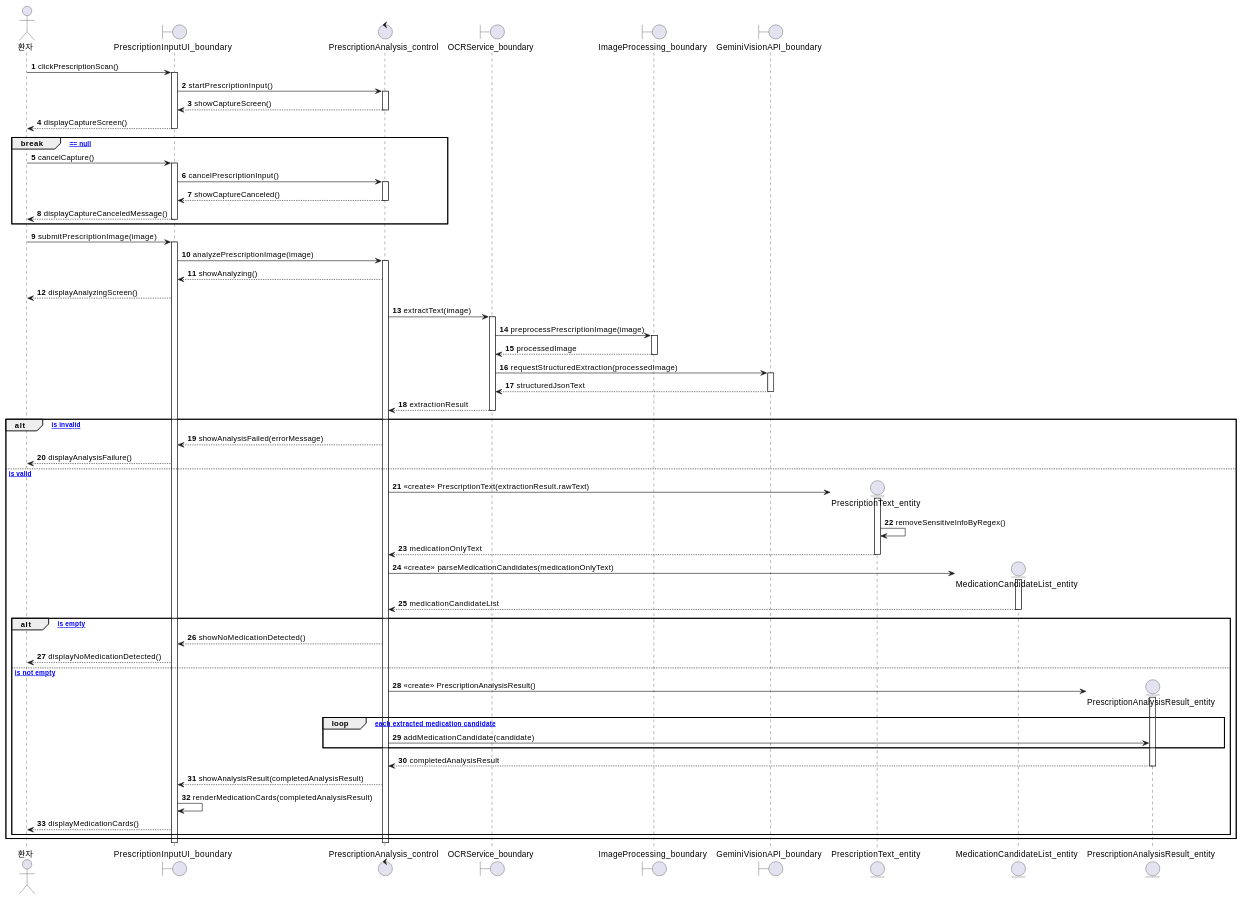
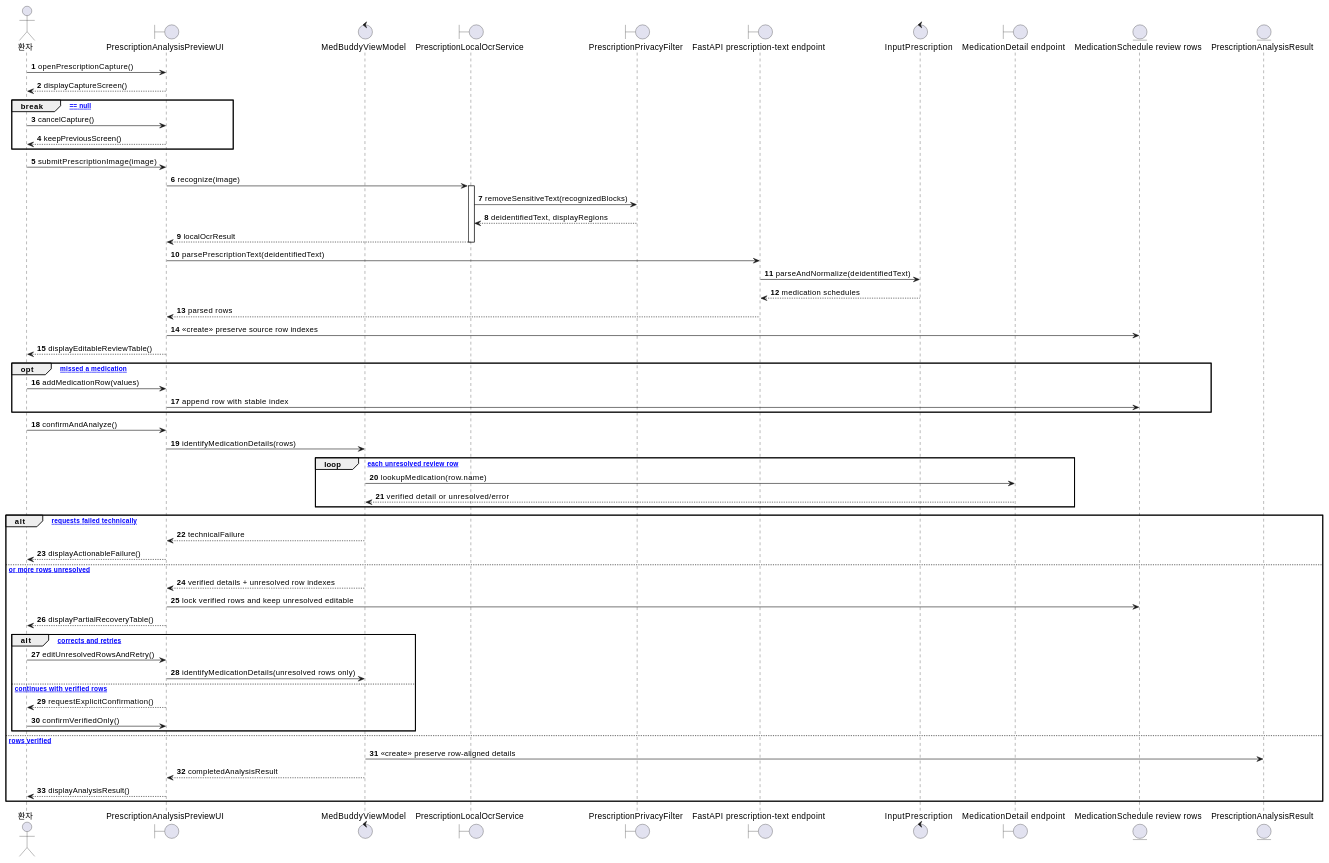
The first of 6 diagrams in docs/MedBuddy - Sequence Diagrams.md (1window2/MedBuddy), drawn with PlantUML before and after one commit. The commit also changed other lines of this file and 5 other files, not shown here.

Commit message:
docs: document prescription recovery review flow

````diff
--- a/docs/MedBuddy - Sequence Diagrams.md
+++ b/docs/MedBuddy - Sequence Diagrams.md
@@ -51,92 +51,69 @@
 @startuml SD01_Prescription_Analysis
 autonumber
 actor "환자" as Patient
-boundary "PrescriptionInputUI_boundary" as UI
-control "PrescriptionAnalysis_control" as C
-boundary "OCRService_boundary" as OCR
-boundary "ImageProcessing_boundary" as Img
-boundary "GeminiVisionAPI_boundary" as Gemini
-entity "PrescriptionText_entity" as Text
-entity "MedicationCandidateList_entity" as Candidates
-entity "PrescriptionAnalysisResult_entity" as Result
+boundary "PrescriptionAnalysisPreviewUI" as UI
+control "MedBuddyViewModel" as VM
+boundary "PrescriptionLocalOcrService" as OCR
+boundary "PrescriptionPrivacyFilter" as Privacy
+boundary "FastAPI prescription-text endpoint" as API
+control "InputPrescription" as Parse
+boundary "MedicationDetail endpoint" as Detail
+entity "MedicationSchedule review rows" as Rows
+entity "PrescriptionAnalysisResult" as Result
 
-Patient -> UI : clickPrescriptionScan()
-activate UI
-UI -> C : startPrescriptionInput()
-activate C
-C --> UI : showCaptureScreen()
-deactivate C
+Patient -> UI : openPrescriptionCapture()
 UI --> Patient : displayCaptureScreen()
-deactivate UI
 
 break [pickedFile == null]
   Patient -> UI : cancelCapture()
-  activate UI
-  UI -> C : cancelPrescriptionInput()
-  activate C
-  C --> UI : showCaptureCanceled()
-  deactivate C
-  UI --> Patient : displayCaptureCanceledMessage()
-  deactivate UI
+  UI --> Patient : keepPreviousScreen()
 end
 
 Patient -> UI : submitPrescriptionImage(image)
-activate UI
-UI -> C : analyzePrescriptionImage(image)
-activate C
-C --> UI : showAnalyzing()
-UI --> Patient : displayAnalyzingScreen()
-
-C -> OCR : extractText(image)
+UI -> OCR : recognize(image)
 activate OCR
-OCR -> Img : preprocessPrescriptionImage(image)
-activate Img
-Img --> OCR : processedImage
-deactivate Img
-OCR -> Gemini : requestStructuredExtraction(processedImage)
-activate Gemini
-Gemini --> OCR : structuredJsonText
-deactivate Gemini
-OCR --> C : extractionResult
+OCR -> Privacy : removeSensitiveText(recognizedBlocks)
+Privacy --> OCR : deidentifiedText, displayRegions
+OCR --> UI : localOcrResult
 deactivate OCR
 
-alt [extractionResult is invalid]
-  C --> UI : showAnalysisFailed(errorMessage)
-  UI --> Patient : displayAnalysisFailure()
-else [extractionResult is valid]
-  create Text
-  C -> Text : <<create>> PrescriptionText(extractionResult.rawText)
-  activate Text
-  Text -> Text : removeSensitiveInfoByRegex()
-  Text --> C : medicationOnlyText
-  deactivate Text
+UI -> API : parsePrescriptionText(deidentifiedText)
+API -> Parse : parseAndNormalize(deidentifiedText)
+Parse --> API : medication schedules
+API --> UI : parsed rows
+UI -> Rows : <<create>> preserve source row indexes
+UI --> Patient : displayEditableReviewTable()
 
-  create Candidates
-  C -> Candidates : <<create>> parseMedicationCandidates(medicationOnlyText)
-  activate Candidates
-  Candidates --> C : medicationCandidateList
-  deactivate Candidates
-
-  alt [medicationCandidateList is empty]
-    C --> UI : showNoMedicationDetected()
-    UI --> Patient : displayNoMedicationDetected()
-  else [medicationCandidateList is not empty]
-    create Result
-    C -> Result : <<create>> PrescriptionAnalysisResult()
-    activate Result
-    loop [for each extracted medication candidate]
-      C -> Result : addMedicationCandidate(candidate)
-    end
-    Result --> C : completedAnalysisResult
-    deactivate Result
-
-    C --> UI : showAnalysisResult(completedAnalysisResult)
-    UI -> UI : renderMedicationCards(completedAnalysisResult)
-    UI --> Patient : displayMedicationCards()
-  end
+opt [OCR missed a medication]
+  Patient -> UI : addMedicationRow(values)
+  UI -> Rows : append row with stable index
 end
 
-deactivate C
-deactivate UI
+Patient -> UI : confirmAndAnalyze()
+UI -> VM : identifyMedicationDetails(rows)
+loop [for each unresolved review row]
+  VM -> Detail : lookupMedication(row.name)
+  Detail --> VM : verified detail or unresolved/error
+end
+
+alt [all requests failed technically]
+  VM --> UI : technicalFailure
+  UI --> Patient : displayActionableFailure()
+else [one or more rows unresolved]
+  VM --> UI : verified details + unresolved row indexes
+  UI -> Rows : lock verified rows and keep unresolved editable
+  UI --> Patient : displayPartialRecoveryTable()
+  alt [patient corrects and retries]
+    Patient -> UI : editUnresolvedRowsAndRetry()
+    UI -> VM : identifyMedicationDetails(unresolved rows only)
+  else [patient continues with verified rows]
+    UI --> Patient : requestExplicitConfirmation()
+    Patient -> UI : confirmVerifiedOnly()
+  end
+else [all rows verified]
+  VM -> Result : <<create>> preserve row-aligned details
+  VM --> UI : completedAnalysisResult
+  UI --> Patient : displayAnalysisResult()
+end
 @enduml
 ```
````
